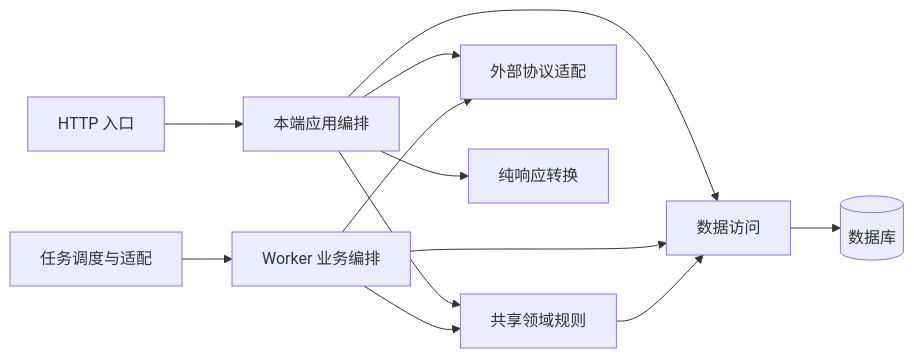
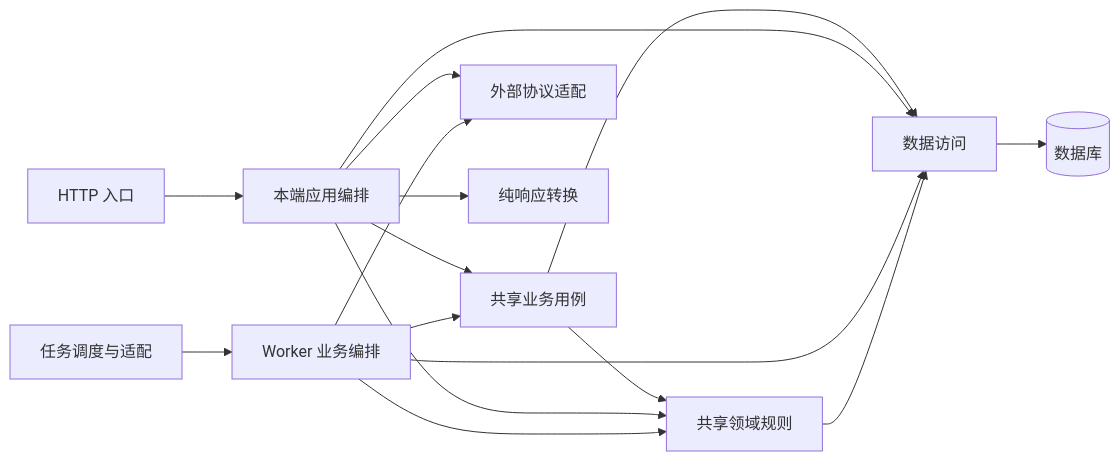
One commit to entimm/ezcmty changed the first of 2 diagrams in docs/handbook/architecture/backend.md. Above: the diagram before and after it, drawn with Mermaid. The commit also changed other lines of this file and 66 other files, not shown here.

````diff
--- a/docs/handbook/architecture/backend.md
+++ b/docs/handbook/architecture/backend.md
@@ -7,14 +7,18 @@
 ```mermaid
 flowchart LR
     H[HTTP 入口] --> A[本端应用编排]
     T[任务调度与适配] --> W[Worker 业务编排]
+    A --> U[共享业务用例]
+    W --> U
+    U --> B[共享领域规则]
+    U --> R[数据访问]
     A --> B[共享领域规则]
     W --> B
     A --> R[数据访问]
     W --> R
     B --> R
     R --> D[(数据库)]
     A --> I[外部协议适配]
     W --> I
     A --> M[纯响应转换]
 ```
````
